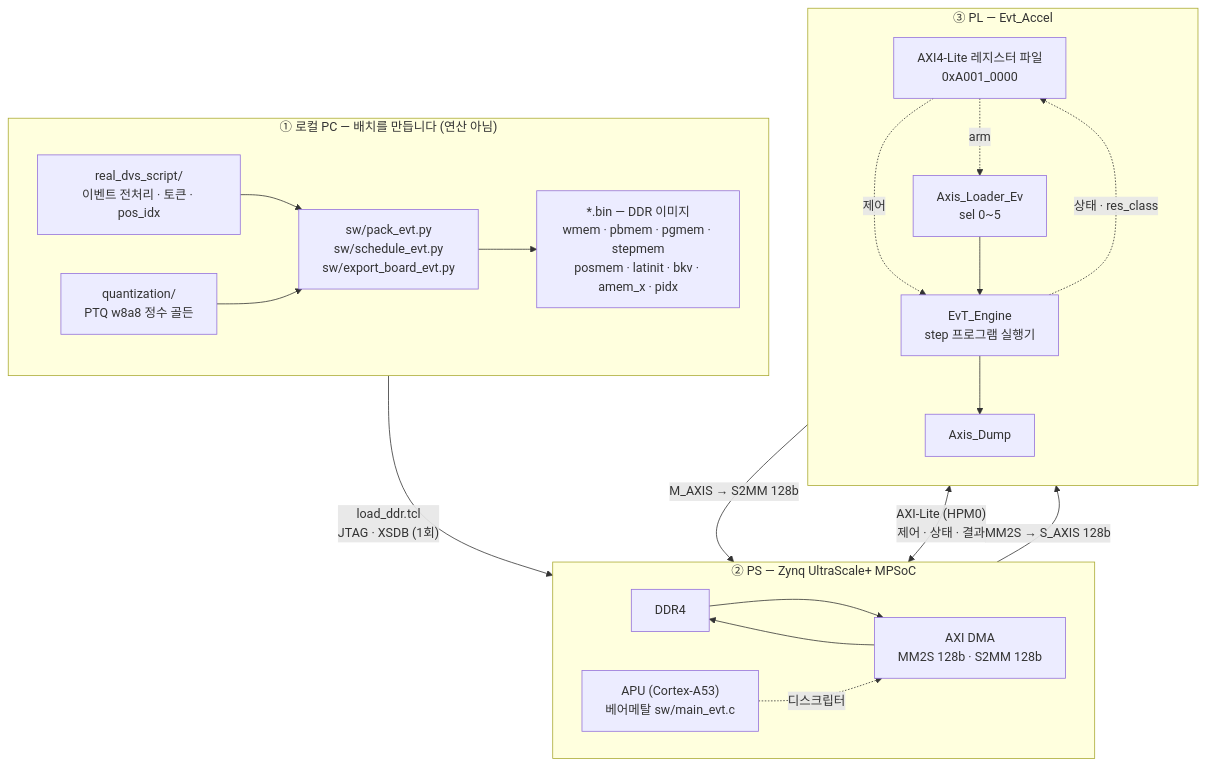
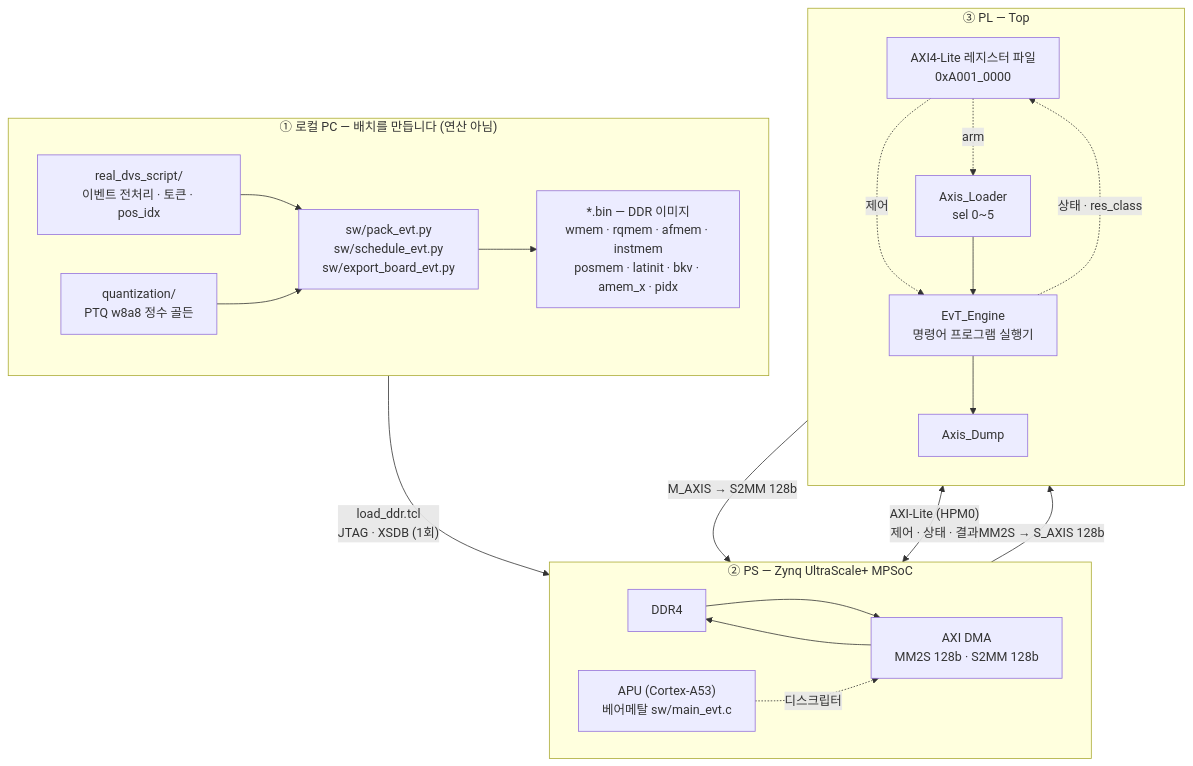
The first of 4 diagrams in FPGA_README.md (JM-DTCKT/EventTransformer), drawn with Mermaid before and after one commit. The commit also changed other lines of this file and 64 other files, not shown here.

````diff
--- a/FPGA_README.md
+++ b/FPGA_README.md
@@ -34,41 +34,41 @@
 ```mermaid
 flowchart TB
   subgraph HOST["① 로컬 PC — 배치를 만듭니다 (연산 아님)"]
     direction LR
     RDS["real_dvs_script/<br/>이벤트 전처리 · 토큰 · pos_idx"]
     QNT["quantization/<br/>PTQ w8a8 정수 골든"]
     SW["sw/pack_evt.py<br/>sw/schedule_evt.py<br/>sw/export_board_evt.py"]
-    BIN["*.bin — DDR 이미지<br/>wmem · pbmem · pgmem · stepmem<br/>posmem · latinit · bkv · amem_x · pidx"]
+    BIN["*.bin — DDR 이미지<br/>wmem · rqmem · afmem · instmem<br/>posmem · latinit · bkv · amem_x · pidx"]
     RDS --> SW
     QNT --> SW
     SW --> BIN
   end
 
   subgraph PS["② PS — Zynq UltraScale+ MPSoC"]
     direction LR
     DDR["DDR4"]
     APU["APU (Cortex-A53)<br/>베어메탈 sw/main_evt.c"]
     DMA["AXI DMA<br/>MM2S 128b · S2MM 128b"]
     DDR --> DMA
     DMA --> DDR
     APU -.디스크립터.-> DMA
   end
 
-  subgraph PL["③ PL — Evt_Accel"]
+  subgraph PL["③ PL — Top"]
     direction TB
     AXIL["AXI4-Lite 레지스터 파일<br/>0xA001_0000"]
-    LDR["Axis_Loader_Ev<br/>sel 0~5"]
+    LDR["Axis_Loader<br/>sel 0~5"]
     DMP["Axis_Dump"]
-    ENG["EvT_Engine<br/>step 프로그램 실행기"]
+    ENG["EvT_Engine<br/>명령어 프로그램 실행기"]
     AXIL -.제어.-> ENG
     AXIL -.arm.-> LDR
     LDR --> ENG
     ENG --> DMP
     ENG -.상태 · res_class.-> AXIL
   end
 
   BIN -->|"load_ddr.tcl<br/>JTAG · XSDB (1회)"| DDR
   APU <-->|"AXI-Lite (HPM0)<br/>제어 · 상태 · 결과"| AXIL
   DMA -->|"MM2S → S_AXIS 128b"| LDR
   DMP -->|"M_AXIS → S2MM 128b"| DMA
 ```
````
